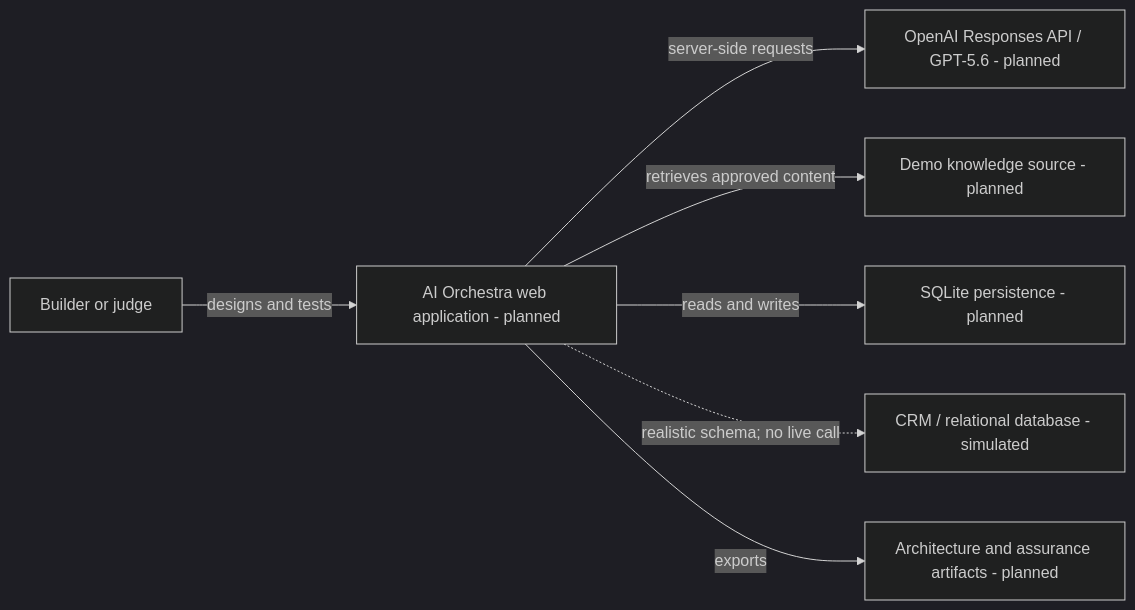
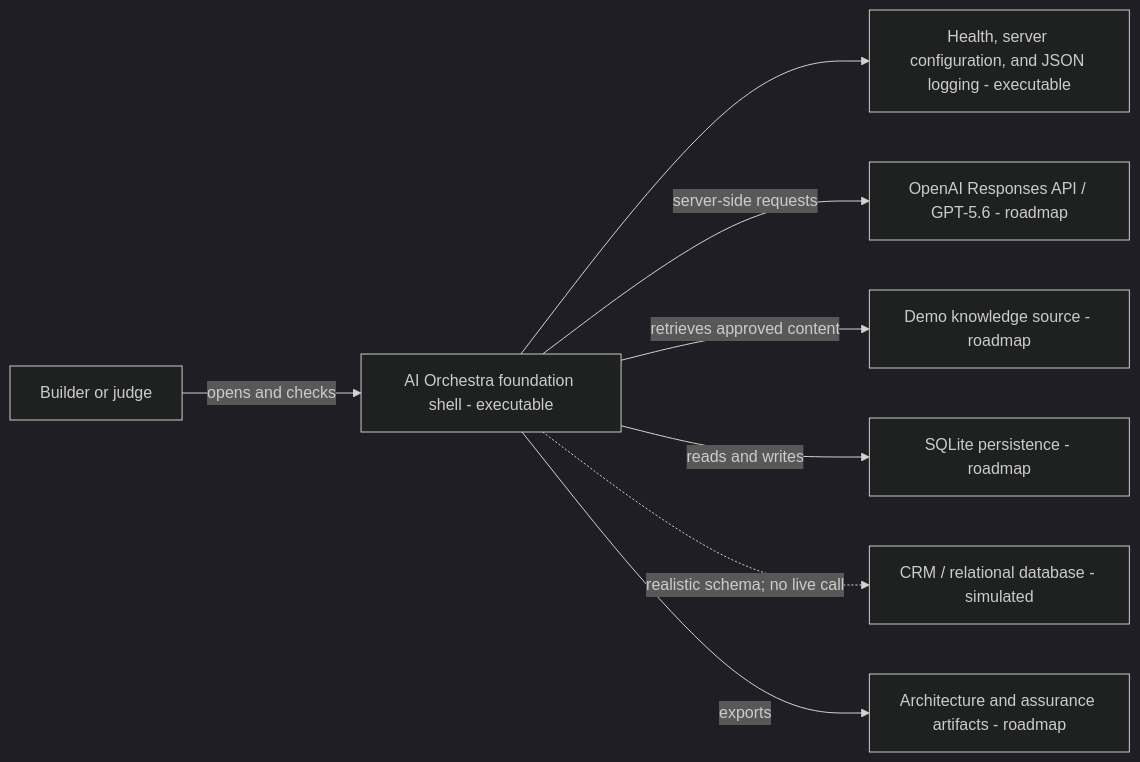
Before and after one commit to PeterNguyen47/AI-Orchestra: the diagram in docs/architecture/SYSTEM_CONTEXT.md, drawn with Mermaid (dark theme). The commit also changed other lines of this file and 38 other files, not shown here.

Commit message:
Scaffold AO-002 application foundation (#14)

````diff
--- a/docs/architecture/SYSTEM_CONTEXT.md
+++ b/docs/architecture/SYSTEM_CONTEXT.md
@@ -7,9 +7,10 @@
 ```mermaid
 flowchart LR
-    Builder["Builder or judge"] -->|designs and tests| AO["AI Orchestra web application - planned"]
-    AO -->|server-side requests| OpenAI["OpenAI Responses API / GPT-5.6 - planned"]
-    AO -->|retrieves approved content| Knowledge["Demo knowledge source - planned"]
-    AO -->|reads and writes| Store["SQLite persistence - planned"]
+    Builder["Builder or judge"] -->|opens and checks| AO["AI Orchestra foundation shell - executable"]
+    AO --> Health["Health, server configuration, and JSON logging - executable"]
+    AO -->|server-side requests| OpenAI["OpenAI Responses API / GPT-5.6 - roadmap"]
+    AO -->|retrieves approved content| Knowledge["Demo knowledge source - roadmap"]
+    AO -->|reads and writes| Store["SQLite persistence - roadmap"]
     AO -.->|realistic schema; no live call| CRM["CRM / relational database - simulated"]
-    AO -->|exports| Artifacts["Architecture and assurance artifacts - planned"]
+    AO -->|exports| Artifacts["Architecture and assurance artifacts - roadmap"]
 ```
````
